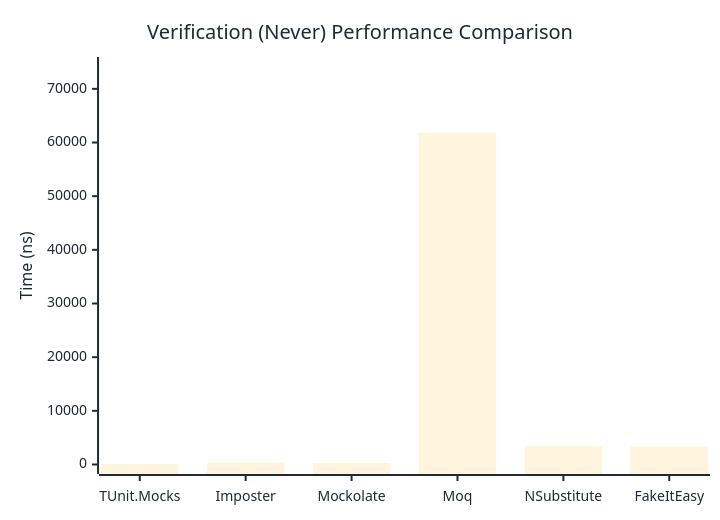
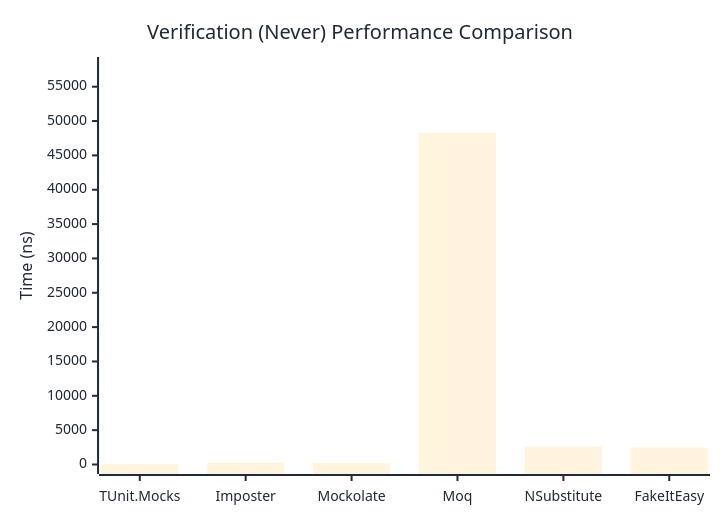
One commit to thomhurst/TUnit changed the second of 3 diagrams in docs/docs/benchmarks/mocks/Verification.md. Above: the diagram before and after it, drawn with Mermaid. The commit also changed other lines of this file and 14 other files, not shown here.

````diff
--- a/docs/docs/benchmarks/mocks/Verification.md
+++ b/docs/docs/benchmarks/mocks/Verification.md
@@ -71,27 +71,27 @@
 ```mermaid
 %%{init: {
   'theme':'base',
   'themeVariables': {
     'primaryColor': '#2563eb',
     'primaryTextColor': '#1f2937',
     'primaryBorderColor': '#1e40af',
     'lineColor': '#6b7280',
     'secondaryColor': '#7c3aed',
     'tertiaryColor': '#dc2626',
     'background': '#ffffff',
     'pie1': '#2563eb',
     'pie2': '#7c3aed',
     'pie3': '#dc2626',
     'pie4': '#f59e0b',
     'pie5': '#10b981',
     'pie6': '#06b6d4',
     'pie7': '#ec4899',
     'pie8': '#6366f1'
   }
 }}%%
 xychart-beta
   title "Verification (Never) Performance Comparison"
   x-axis ["TUnit.Mocks", "Imposter", "Mockolate", "Moq", "NSubstitute", "FakeItEasy"]
-  y-axis "Time (ns)" 0 --> 74165
-  bar [51.84, 324.4, 257.7, 61803.98, 3459.46, 3324.32]
+  y-axis "Time (ns)" 0 --> 57940
+  bar [44.01, 257.05, 198.8, 48282.8, 2620.27, 2469.82]
 ```
````
